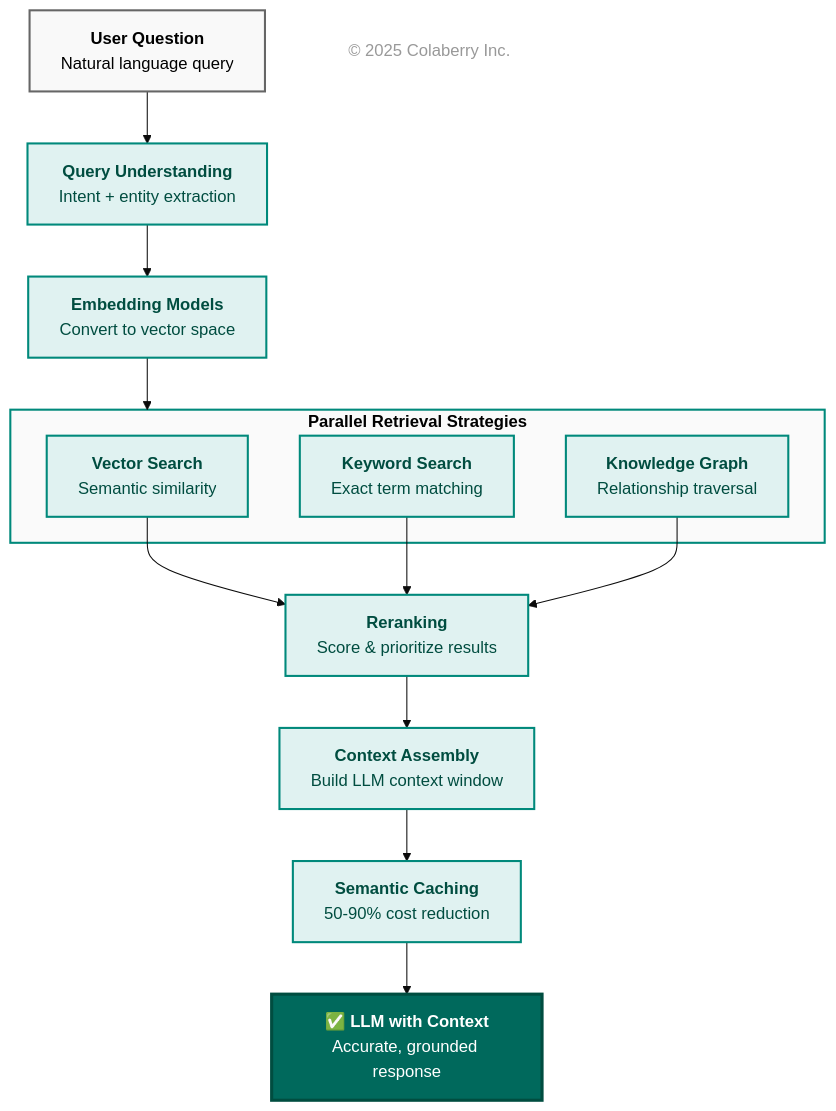
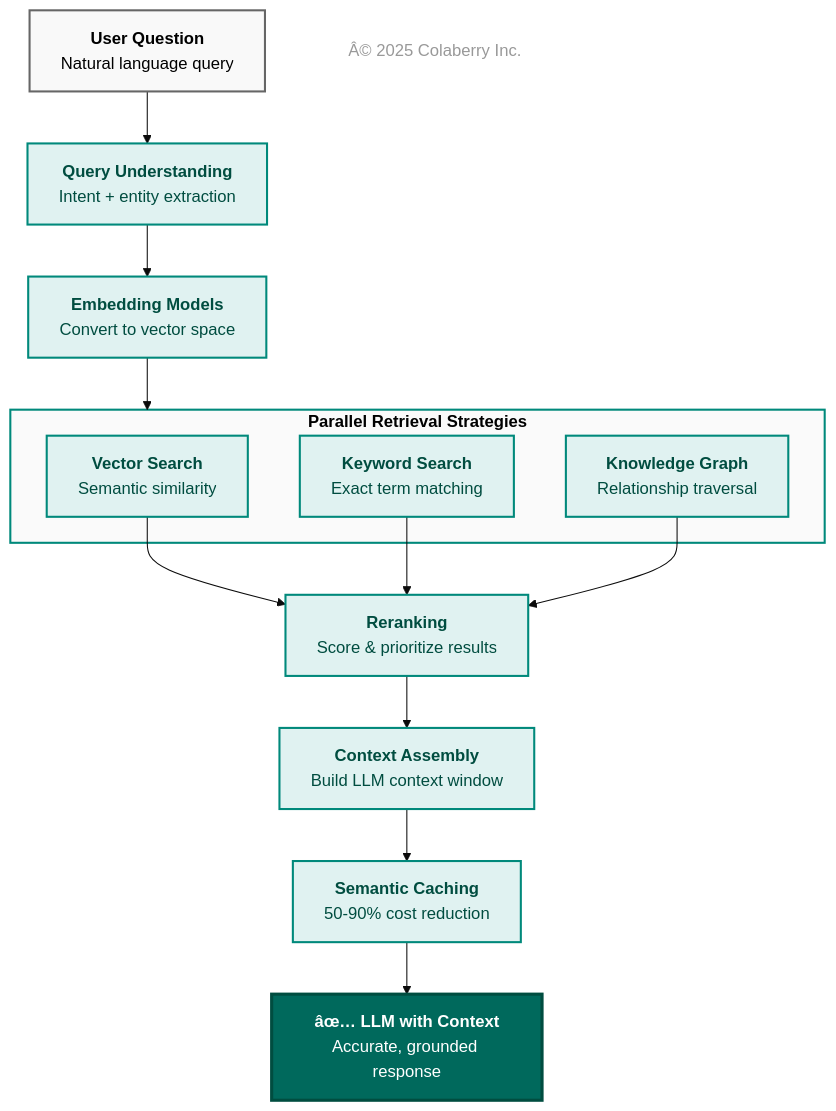
Before and after one commit to colaberry/enterprise-data-readiness-ai-agents: the eighth of 18 diagrams in chapter-01/chapter_1_complete.md, drawn with Mermaid (base theme). The commit also changed other lines of this file and 24 other files, not shown here.

````diff
--- a/chapter-01/chapter_1_complete.md
+++ b/chapter-01/chapter_1_complete.md
@@ -1084,52 +1090,52 @@
 ```mermaid
 graph TB
     Q["<b>User Question</b><br/>Natural language query"]
     
     U["<b>Query Understanding</b><br/>Intent + entity extraction"]
     
     E["<b>Embedding Models</b><br/>Convert to vector space"]
     
     subgraph retrieval["<b>Parallel Retrieval Strategies</b>"]
         V["<b>Vector Search</b><br/>Semantic similarity"]
         K["<b>Keyword Search</b><br/>Exact term matching"]
         G["<b>Knowledge Graph</b><br/>Relationship traversal"]
     end
     
     RANK["<b>Reranking</b><br/>Score & prioritize results"]
     
     ASSEMBLE["<b>Context Assembly</b><br/>Build LLM context window"]
     
     CACHE["<b>Semantic Caching</b><br/>50-90% cost reduction"]
     
-    LLM["<b>✅ LLM with Context</b><br/>Accurate, grounded response"]
+    LLM["<b>âœ… LLM with Context</b><br/>Accurate, grounded response"]
     
     Q --> U
     U --> E
     E --> retrieval
     V --> RANK
     K --> RANK
     G --> RANK
     RANK --> ASSEMBLE
     ASSEMBLE --> CACHE
     CACHE --> LLM
     
     %% Link styling
     
     style Q fill:#f9f9f9,stroke:#666666,stroke-width:2px,color:#000000
     style U fill:#e0f2f1,stroke:#00897b,stroke-width:2px,color:#004d40
     style E fill:#e0f2f1,stroke:#00897b,stroke-width:2px,color:#004d40
     style retrieval fill:#fafafa,stroke:#00897b,stroke-width:2px,color:#000000
     style V fill:#e0f2f1,stroke:#00897b,stroke-width:2px,color:#004d40
     style K fill:#e0f2f1,stroke:#00897b,stroke-width:2px,color:#004d40
     style G fill:#e0f2f1,stroke:#00897b,stroke-width:2px,color:#004d40
     style RANK fill:#e0f2f1,stroke:#00897b,stroke-width:2px,color:#004d40
     style ASSEMBLE fill:#e0f2f1,stroke:#00897b,stroke-width:2px,color:#004d40
     style CACHE fill:#e0f2f1,stroke:#00897b,stroke-width:2px,color:#004d40
 
     %% Copyright Notice
-    CR["© 2025 Colaberry Inc."]
+    CR["Â© 2025 Colaberry Inc."]
 
     style LLM fill:#00695c,color:#ffffff,stroke:#004d40,stroke-width:3px
     style CR fill:none,stroke:none,color:#999999
 
 ```
````
